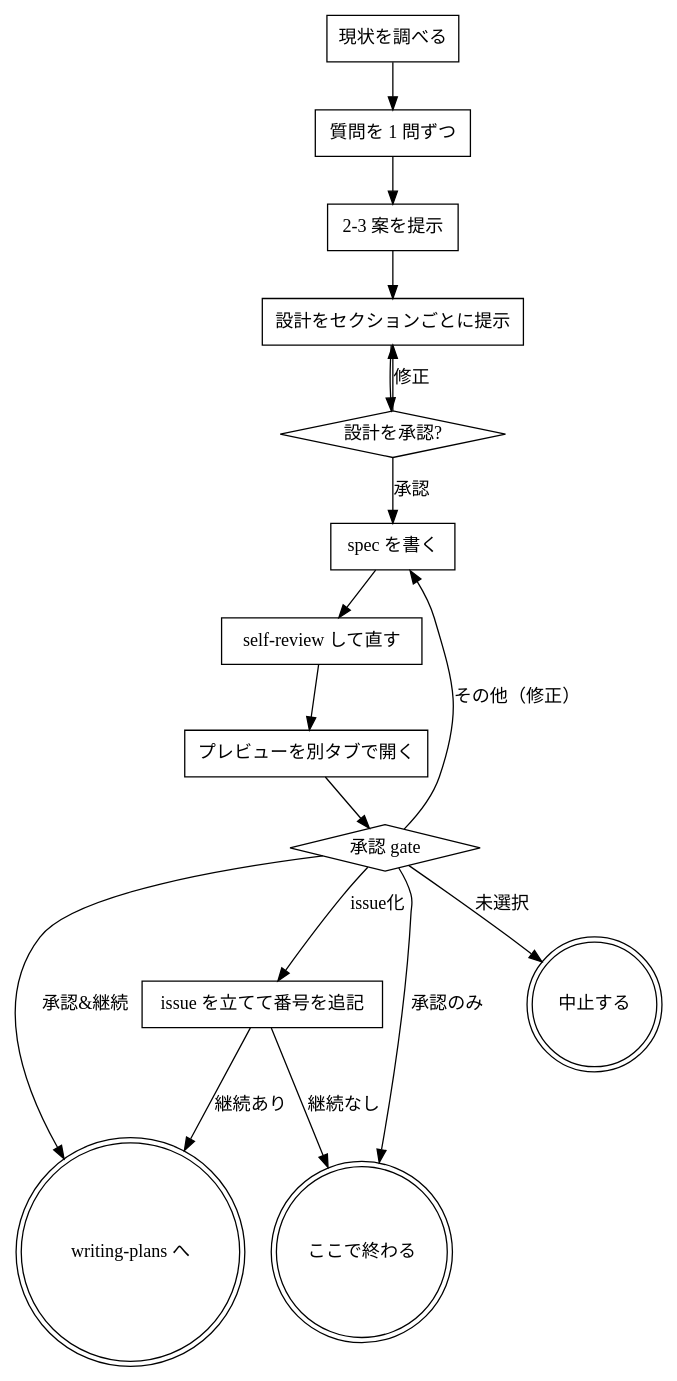
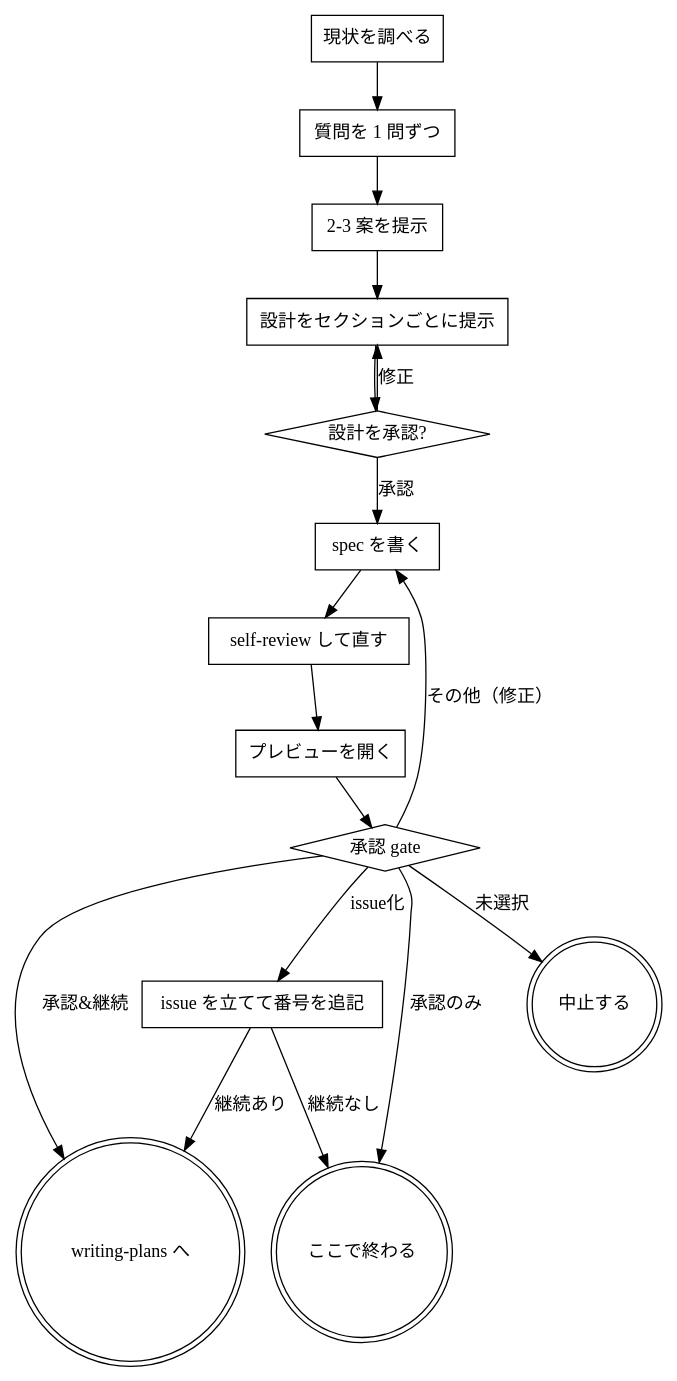
One commit to cellfusion/dotfiles changed the diagram in .chezmoitemplates/agent-skills/brainstorming/SKILL.md. Above: the diagram before and after it, drawn with Graphviz. The commit also changed 1 other file, not shown here.

Commit message:
fix: align brainstorming diagram wording and verify rendered CLAUDE.md
- unify the three "プレビューを別タブで開く" nodes in brainstorming's
  progress diagram to "プレビューを開く" so they match the checklist
- render CLAUDE.md.tmpl through chezmoi execute-template in
  test-instructions.sh instead of reading the raw template, so a
  future {{ if }} guard is caught instead of passing silently

````diff
--- a/.chezmoitemplates/agent-skills/brainstorming/SKILL.md
+++ b/.chezmoitemplates/agent-skills/brainstorming/SKILL.md
@@ -38,34 +38,34 @@
 ```dot
 digraph brainstorming {
     "現状を調べる" [shape=box];
     "質問を 1 問ずつ" [shape=box];
     "2-3 案を提示" [shape=box];
     "設計をセクションごとに提示" [shape=box];
     "設計を承認?" [shape=diamond];
     "spec を書く" [shape=box];
     "self-review して直す" [shape=box];
-    "プレビューを別タブで開く" [shape=box];
+    "プレビューを開く" [shape=box];
     "承認 gate" [shape=diamond];
     "issue を立てて番号を追記" [shape=box];
     "writing-plans へ" [shape=doublecircle];
     "ここで終わる" [shape=doublecircle];
     "中止する" [shape=doublecircle];
 
     "現状を調べる" -> "質問を 1 問ずつ";
     "質問を 1 問ずつ" -> "2-3 案を提示";
     "2-3 案を提示" -> "設計をセクションごとに提示";
     "設計をセクションごとに提示" -> "設計を承認?";
     "設計を承認?" -> "設計をセクションごとに提示" [label="修正"];
     "設計を承認?" -> "spec を書く" [label="承認"];
     "spec を書く" -> "self-review して直す";
-    "self-review して直す" -> "プレビューを別タブで開く";
-    "プレビューを別タブで開く" -> "承認 gate";
+    "self-review して直す" -> "プレビューを開く";
+    "プレビューを開く" -> "承認 gate";
     "承認 gate" -> "spec を書く" [label="その他（修正）"];
     "承認 gate" -> "writing-plans へ" [label="承認&継続"];
     "承認 gate" -> "ここで終わる" [label="承認のみ"];
     "承認 gate" -> "issue を立てて番号を追記" [label="issue化"];
     "承認 gate" -> "中止する" [label="未選択"];
     "issue を立てて番号を追記" -> "writing-plans へ" [label="継続あり"];
     "issue を立てて番号を追記" -> "ここで終わる" [label="継続なし"];
 }
 ```
````
